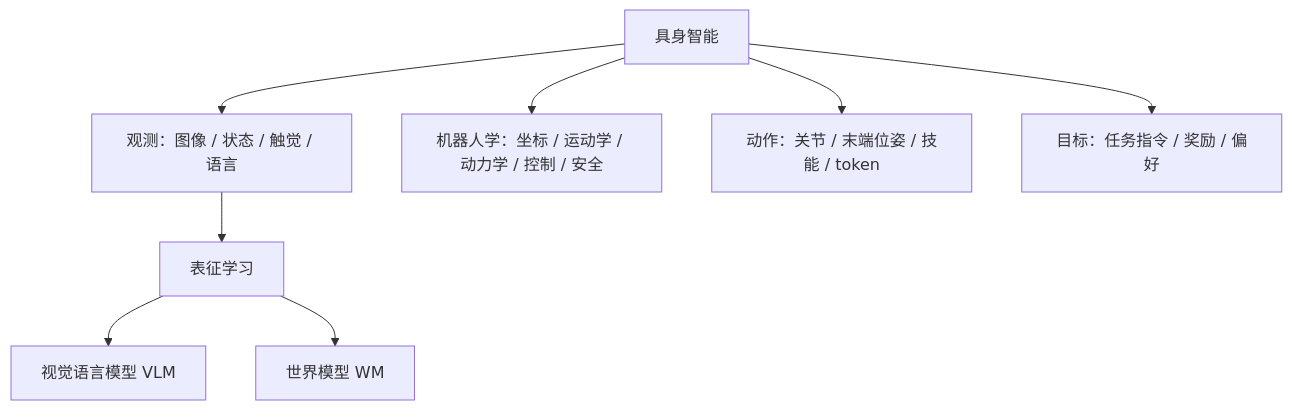
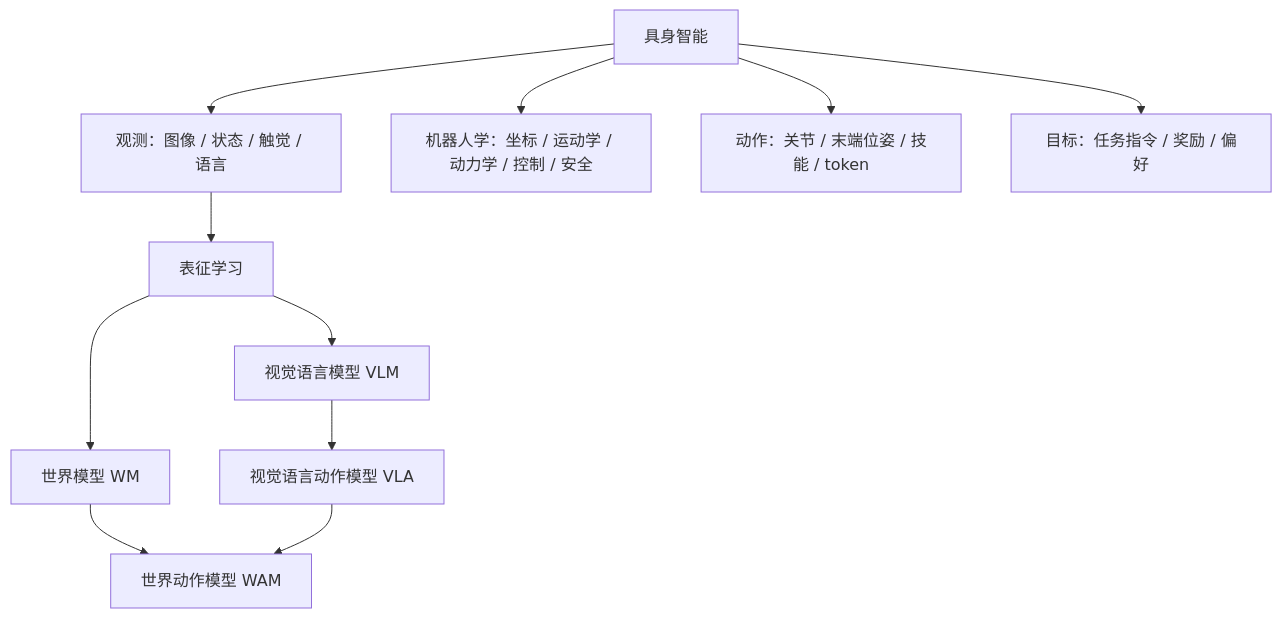
One commit to Faraday-2024/Embodied-AI-Start changed the second of 8 diagrams in docs/knowledge-map.md. Above: the diagram before and after it, drawn with Mermaid.

````diff
--- a/docs/knowledge-map.md
+++ b/docs/knowledge-map.md
@@ -27,11 +27,15 @@
 ```mermaid
 flowchart TD
     ROOT["具身智能"] --> OBS["观测：图像 / 状态 / 触觉 / 语言"]
     ROOT --> ROB["机器人学：坐标 / 运动学 / 动力学 / 控制 / 安全"]
     ROOT --> ACT["动作：关节 / 末端位姿 / 技能 / token"]
     ROOT --> OBJ["目标：任务指令 / 奖励 / 偏好"]
 
     OBS --> REP["表征学习"]
     REP --> VLM["视觉语言模型 VLM"]
     REP --> WM["世界模型 WM"]
+
+    VLM --> VLA["视觉语言动作模型 VLA"]
+    WM --> WAM["世界动作模型 WAM"]
+    VLA --> WAM
 ```
````
